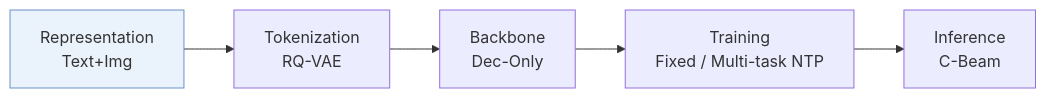
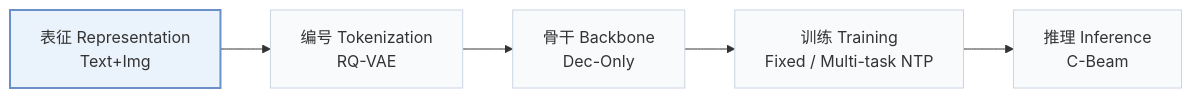
One commit to Galaxy-ghost/Awesome-SID-Generative-Rec changed the first of 2 diagrams in pages/zh/papers/trialigngr.md. Above: the diagram before and after it, drawn with Mermaid. The commit also changed other lines of this file and 649 other files, not shown here.

Commit message:
writer-05: also tags and modality index (schema, check, build, visuals); summary field removed; calibration data for 12 papers

````diff
--- a/pages/zh/papers/trialigngr.md
+++ b/pages/zh/papers/trialigngr.md
@@ -13,6 +15,8 @@
 ```mermaid
 flowchart LR
-    R["Representation<br/>Text+Img"] --> T["Tokenization<br/>RQ-VAE"] --> B["Backbone<br/>Dec-Only"] --> TR["Training<br/>Fixed / Multi-task NTP"] --> I["Inference<br/>C-Beam"]
-    classDef main fill:#eaf2fb,stroke:#6b8fc7
+    R["表征 Representation<br/>Text+Img"] --> T["编号 Tokenization<br/>RQ-VAE"] --> B["骨干 Backbone<br/>Dec-Only"] --> TR["训练 Training<br/>Fixed / Multi-task NTP"] --> I["推理 Inference<br/>C-Beam"]
+    classDef base fill:#f8fafc,stroke:#cbd5e1
+    class R,T,B,TR,I base
+    classDef main fill:#eaf2fb,stroke:#6b8fc7,stroke-width:2px
     class R main
 ```
````
